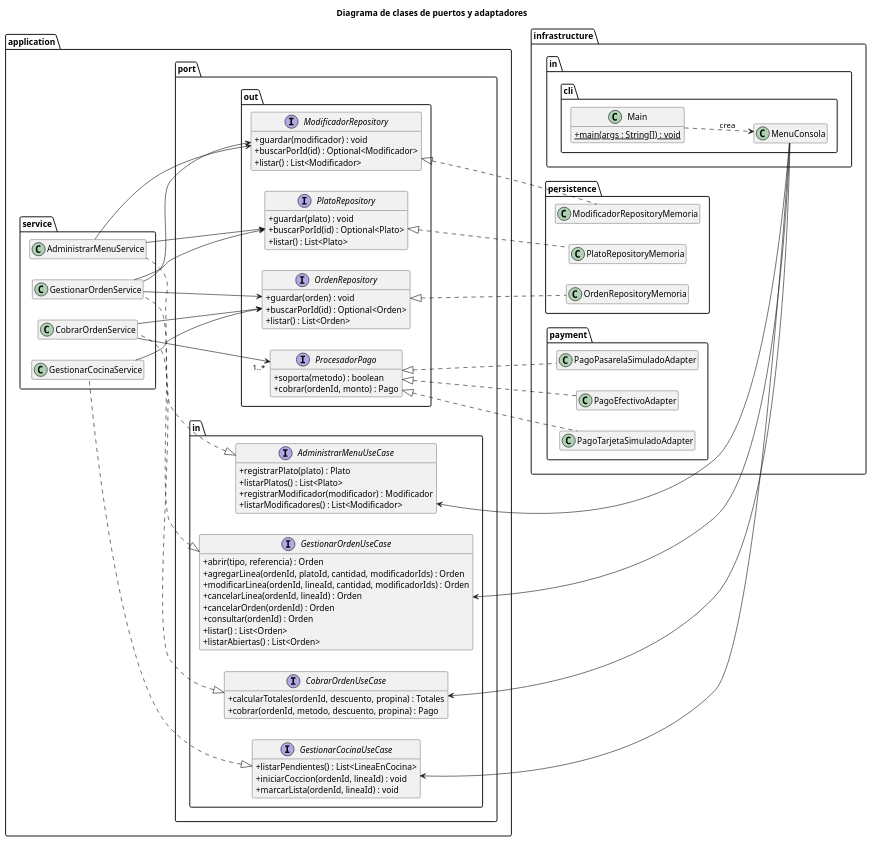
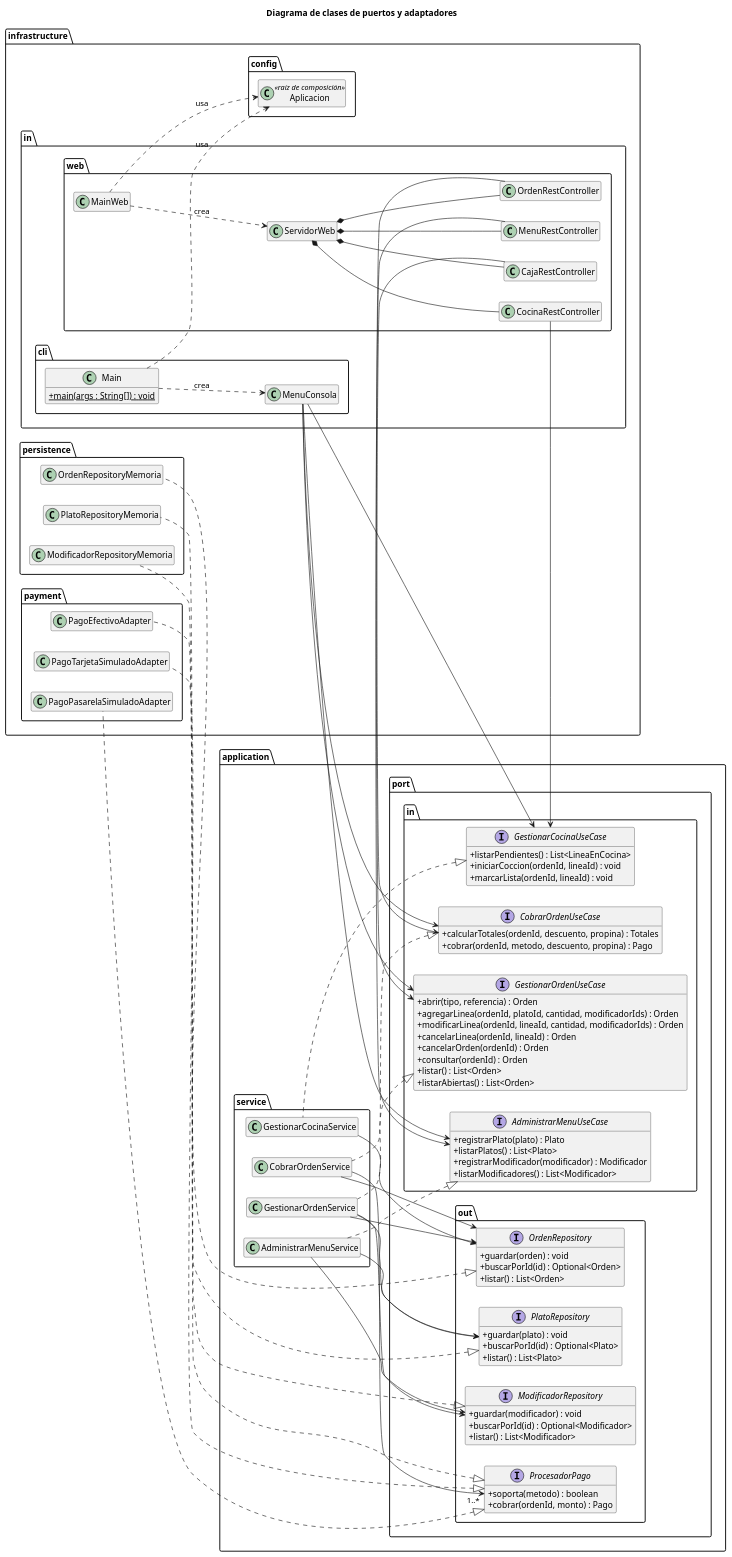
Before and after one commit to Chris5Flov/arqds: the diagram in restaurante-pedidos-hexagonal/docs/diagramas/2-puertos-adaptadores.puml, drawn with PlantUML. The commit also changed 28 other files, not shown here.

First line of the commit message:
feat: adaptador web REST para la interfaz (Menu, Orden, Cocina y Caja)

```diff
--- a/restaurante-pedidos-hexagonal/docs/diagramas/2-puertos-adaptadores.puml
+++ b/restaurante-pedidos-hexagonal/docs/diagramas/2-puertos-adaptadores.puml
@@ -1,109 +1,134 @@
 @startuml
 title Diagrama de clases de puertos y adaptadores
 left to right direction
 skinparam classAttributeIconSize 0
 hide empty members
+
+package infrastructure.config {
+  class Aplicacion <<raíz de composición>>
+}
+
+package infrastructure.in.web {
+  class MainWeb
+  class ServidorWeb
+  class MenuRestController
+  class OrdenRestController
+  class CocinaRestController
+  class CajaRestController
+}
 
 package infrastructure.in.cli {
   class Main {
     +{static} main(args : String[]) : void
   }
   class MenuConsola
 }
 
 package application.port.in {
   interface AdministrarMenuUseCase {
     +registrarPlato(plato) : Plato
     +listarPlatos() : List<Plato>
     +registrarModificador(modificador) : Modificador
     +listarModificadores() : List<Modificador>
   }
   interface GestionarOrdenUseCase {
     +abrir(tipo, referencia) : Orden
     +agregarLinea(ordenId, platoId, cantidad, modificadorIds) : Orden
     +modificarLinea(ordenId, lineaId, cantidad, modificadorIds) : Orden
     +cancelarLinea(ordenId, lineaId) : Orden
     +cancelarOrden(ordenId) : Orden
     +consultar(ordenId) : Orden
     +listar() : List<Orden>
     +listarAbiertas() : List<Orden>
   }
   interface GestionarCocinaUseCase {
     +listarPendientes() : List<LineaEnCocina>
     +iniciarCoccion(ordenId, lineaId) : void
     +marcarLista(ordenId, lineaId) : void
   }
   interface CobrarOrdenUseCase {
     +calcularTotales(ordenId, descuento, propina) : Totales
     +cobrar(ordenId, metodo, descuento, propina) : Pago
   }
 }
 
 package application.service {
   class AdministrarMenuService
   class GestionarOrdenService
   class GestionarCocinaService
   class CobrarOrdenService
 }
 
 package application.port.out {
   interface PlatoRepository {
     +guardar(plato) : void
     +buscarPorId(id) : Optional<Plato>
     +listar() : List<Plato>
   }
   interface ModificadorRepository {
     +guardar(modificador) : void
     +buscarPorId(id) : Optional<Modificador>
     +listar() : List<Modificador>
   }
   interface OrdenRepository {
     +guardar(orden) : void
     +buscarPorId(id) : Optional<Orden>
     +listar() : List<Orden>
   }
   interface ProcesadorPago {
     +soporta(metodo) : boolean
     +cobrar(ordenId, monto) : Pago
   }
 }
 
 package infrastructure.persistence {
   class PlatoRepositoryMemoria
   class ModificadorRepositoryMemoria
   class OrdenRepositoryMemoria
 }
 
 package infrastructure.payment {
   class PagoEfectivoAdapter
   class PagoTarjetaSimuladoAdapter
   class PagoPasarelaSimuladoAdapter
 }
 
+Main ..> Aplicacion : usa
+MainWeb ..> Aplicacion : usa
+MainWeb ..> ServidorWeb : crea
+ServidorWeb *-- MenuRestController
+ServidorWeb *-- OrdenRestController
+ServidorWeb *-- CocinaRestController
+ServidorWeb *-- CajaRestController
+MenuRestController --> AdministrarMenuUseCase
+OrdenRestController --> GestionarOrdenUseCase
+CocinaRestController --> GestionarCocinaUseCase
+CajaRestController --> CobrarOrdenUseCase
+
 Main ..> MenuConsola : crea
 MenuConsola --> AdministrarMenuUseCase
 MenuConsola --> GestionarOrdenUseCase
 MenuConsola --> GestionarCocinaUseCase
 MenuConsola --> CobrarOrdenUseCase
 
 AdministrarMenuUseCase <|.. AdministrarMenuService
 GestionarOrdenUseCase <|.. GestionarOrdenService
 GestionarCocinaUseCase <|.. GestionarCocinaService
 CobrarOrdenUseCase <|.. CobrarOrdenService
 
 AdministrarMenuService --> PlatoRepository
 AdministrarMenuService --> ModificadorRepository
 GestionarOrdenService --> OrdenRepository
 GestionarOrdenService --> PlatoRepository
 GestionarOrdenService --> ModificadorRepository
 GestionarCocinaService --> OrdenRepository
 CobrarOrdenService --> OrdenRepository
 CobrarOrdenService --> "1..*" ProcesadorPago
 
 PlatoRepository <|.. PlatoRepositoryMemoria
 ModificadorRepository <|.. ModificadorRepositoryMemoria
 OrdenRepository <|.. OrdenRepositoryMemoria
 ProcesadorPago <|.. PagoEfectivoAdapter
 ProcesadorPago <|.. PagoTarjetaSimuladoAdapter
 ProcesadorPago <|.. PagoPasarelaSimuladoAdapter
 @enduml
```
